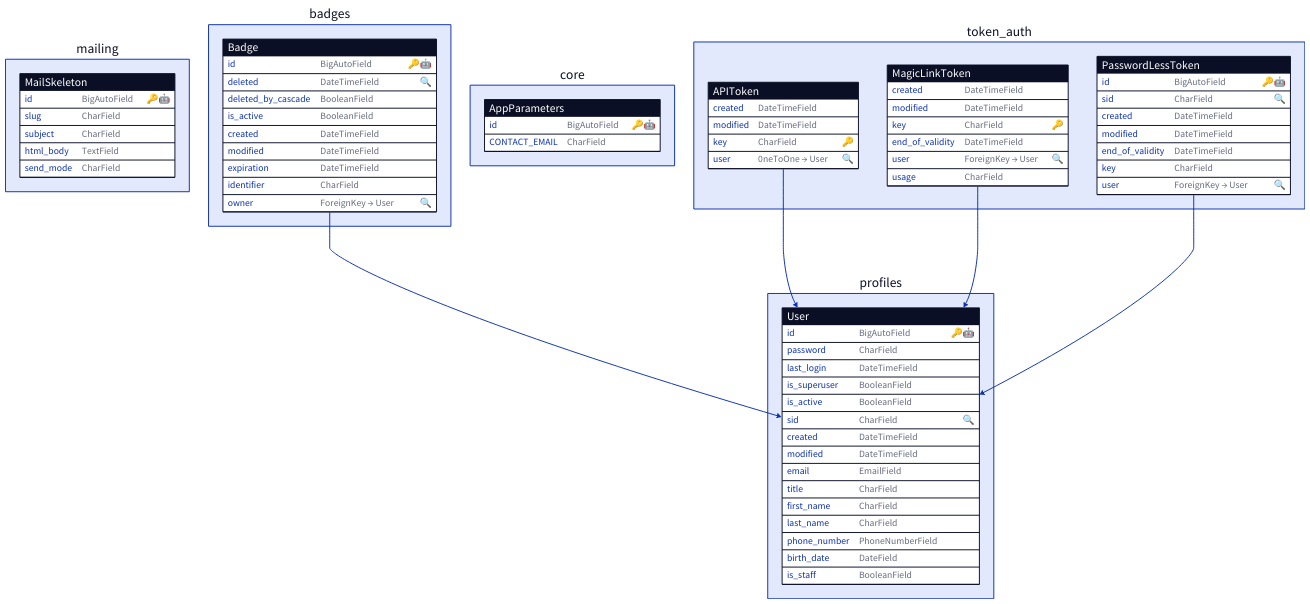
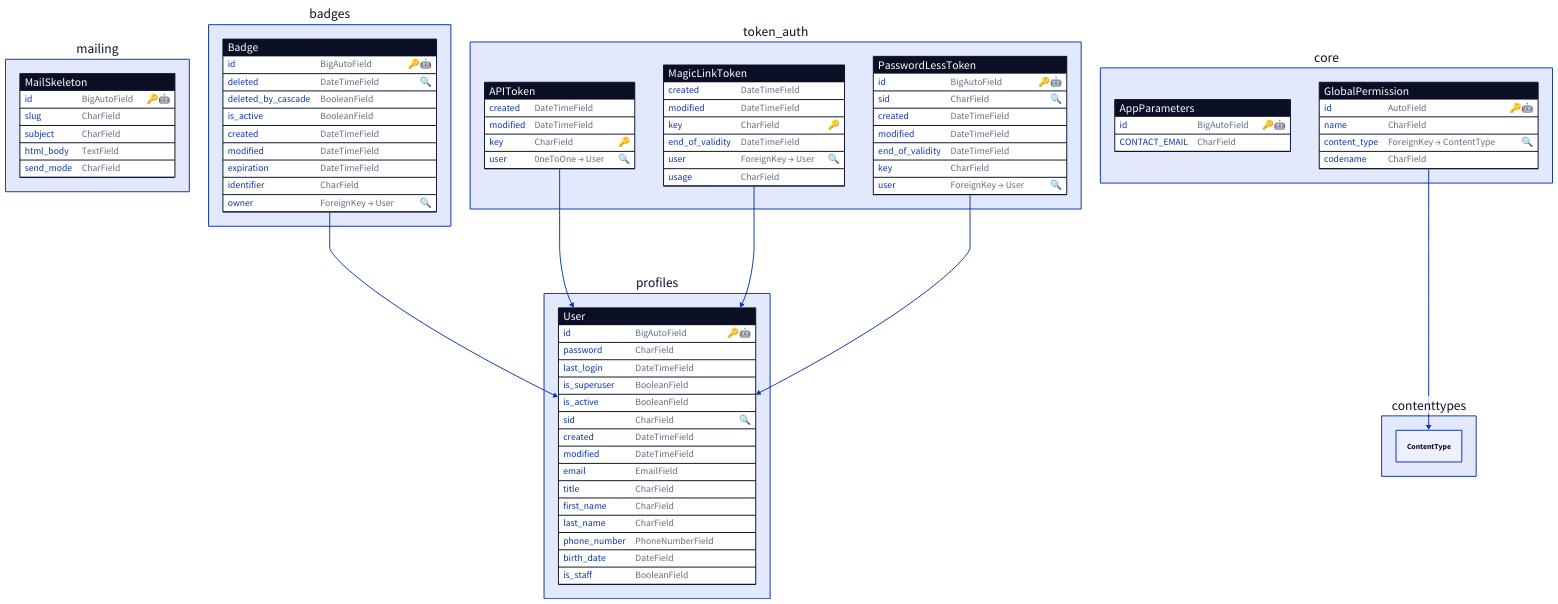
One commit to ddahan/mason-dj changed the diagram in docs/diagram.d2. Above: the diagram before and after it, drawn with D2. The commit also changed 2 other files, not shown here.

```diff
--- a/docs/diagram.d2
+++ b/docs/diagram.d2
@@ -1,88 +1,96 @@
 profiles: {
   User: {
     shape: sql_table
     id: BigAutoField {constraint: 🔑🤖}
     password: CharField 
     last_login: DateTimeField 
     is_superuser: BooleanField 
     is_active: BooleanField 
     sid: CharField {constraint: 🔍}
     created: DateTimeField 
     modified: DateTimeField 
     email: EmailField 
     title: CharField 
     first_name: CharField 
     last_name: CharField 
     phone_number: PhoneNumberField 
     birth_date: DateField 
     is_staff: BooleanField 
   }
   shape: rectangle
 }
 mailing: {
   MailSkeleton: {
     shape: sql_table
     id: BigAutoField {constraint: 🔑🤖}
     slug: CharField 
     subject: CharField 
     html_body: TextField 
     send_mode: CharField 
   }
   shape: rectangle
 }
 badges: {
   Badge: {
     shape: sql_table
     id: BigAutoField {constraint: 🔑🤖}
     deleted: DateTimeField {constraint: 🔍}
     deleted_by_cascade: BooleanField 
     is_active: BooleanField 
     created: DateTimeField 
     modified: DateTimeField 
     expiration: DateTimeField 
     identifier: CharField 
     owner: ForeignKey → User {constraint: 🔍}
   }
   shape: rectangle
 }
 core: {
   AppParameters: {
     shape: sql_table
     id: BigAutoField {constraint: 🔑🤖}
     CONTACT_EMAIL: CharField 
   }
+  GlobalPermission: {
+    shape: sql_table
+    id: AutoField {constraint: 🔑🤖}
+    name: CharField 
+    content_type: ForeignKey → ContentType {constraint: 🔍}
+    codename: CharField 
+  }
   shape: rectangle
 }
 token_auth: {
   APIToken: {
     shape: sql_table
     created: DateTimeField 
     modified: DateTimeField 
     key: CharField {constraint: 🔑}
     user: 0neToOne → User {constraint: 🔍}
   }
   MagicLinkToken: {
     shape: sql_table
     created: DateTimeField 
     modified: DateTimeField 
     key: CharField {constraint: 🔑}
     end_of_validity: DateTimeField 
     user: ForeignKey → User {constraint: 🔍}
     usage: CharField 
   }
   PasswordLessToken: {
     shape: sql_table
     id: BigAutoField {constraint: 🔑🤖}
     sid: CharField {constraint: 🔍}
     created: DateTimeField 
     modified: DateTimeField 
     end_of_validity: DateTimeField 
     key: CharField 
     user: ForeignKey → User {constraint: 🔍}
   }
   shape: rectangle
 }
 badges.Badge -> profiles.User
+core.GlobalPermission -> contenttypes.ContentType
 token_auth.APIToken -> profiles.User
 token_auth.MagicLinkToken -> profiles.User
 token_auth.PasswordLessToken -> profiles.User
```
